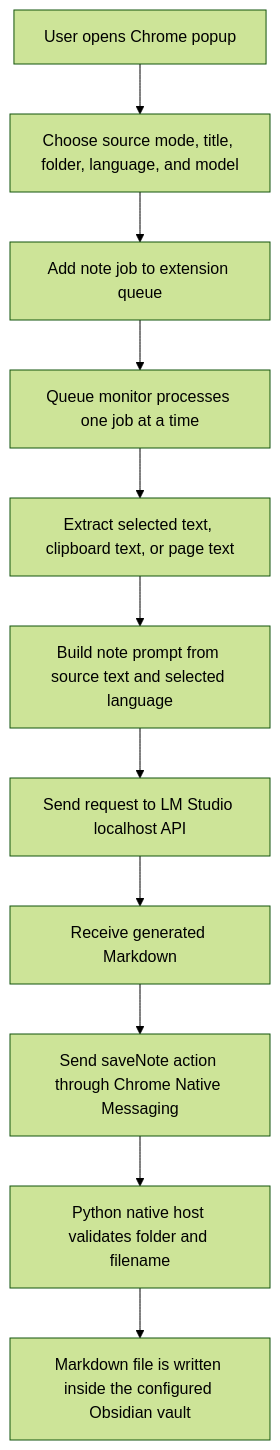
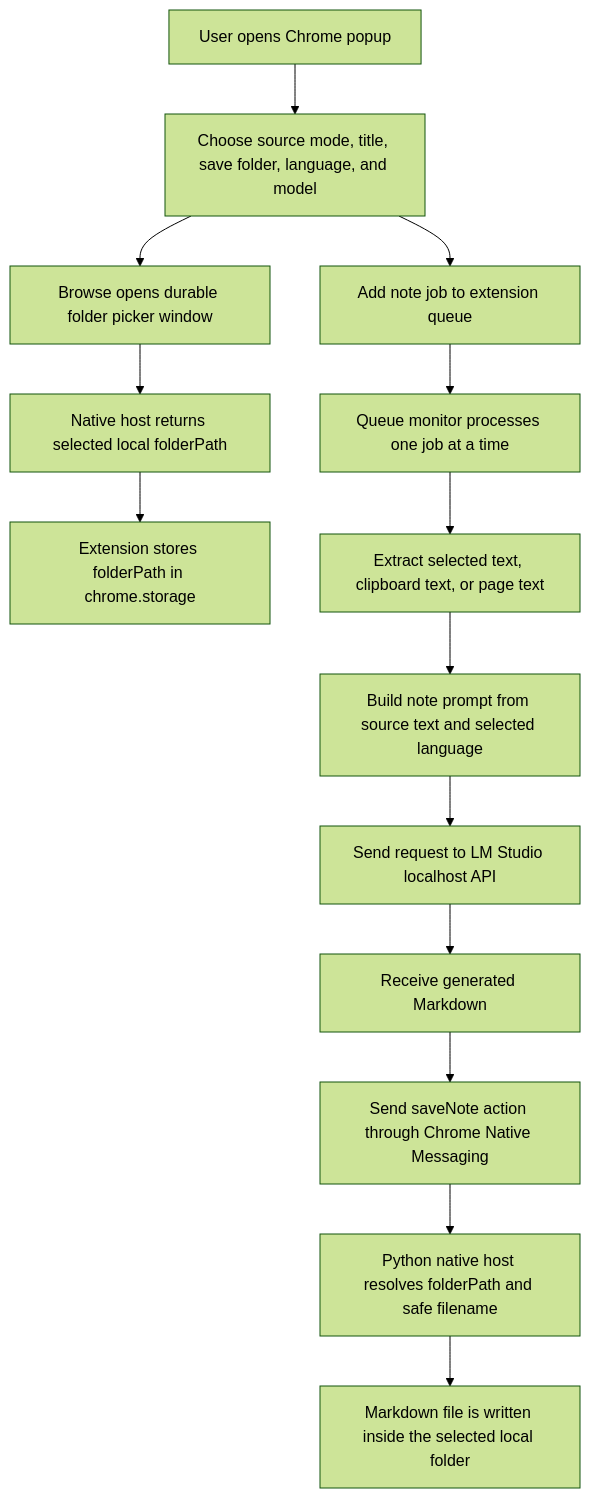
Before and after one commit to zrsobecka/Note-Taker: the first of 3 diagrams in WORKFLOW-DIAGRAM.md, drawn with Mermaid (forest theme). The commit also changed other lines of this file and 21 other files, not shown here.

````diff
--- a/WORKFLOW-DIAGRAM.md
+++ b/WORKFLOW-DIAGRAM.md
@@ -5,13 +5,16 @@
 ```mermaid
 flowchart TD
-    A["User opens Chrome popup"] --> B["Choose source mode, title, folder, language, and model"]
+    A["User opens Chrome popup"] --> B["Choose source mode, title, save folder, language, and model"]
+    B --> B1["Browse opens durable folder picker window"]
+    B1 --> B2["Native host returns selected local folderPath"]
+    B2 --> B3["Extension stores folderPath in chrome.storage"]
     B --> C["Add note job to extension queue"]
     C --> D["Queue monitor processes one job at a time"]
     D --> E["Extract selected text, clipboard text, or page text"]
     E --> F["Build note prompt from source text and selected language"]
     F --> G["Send request to LM Studio localhost API"]
     G --> H["Receive generated Markdown"]
     H --> I["Send saveNote action through Chrome Native Messaging"]
-    I --> J["Python native host validates folder and filename"]
-    J --> K["Markdown file is written inside the configured Obsidian vault"]
+    I --> J["Python native host resolves folderPath and safe filename"]
+    J --> K["Markdown file is written inside the selected local folder"]
 ```
````
